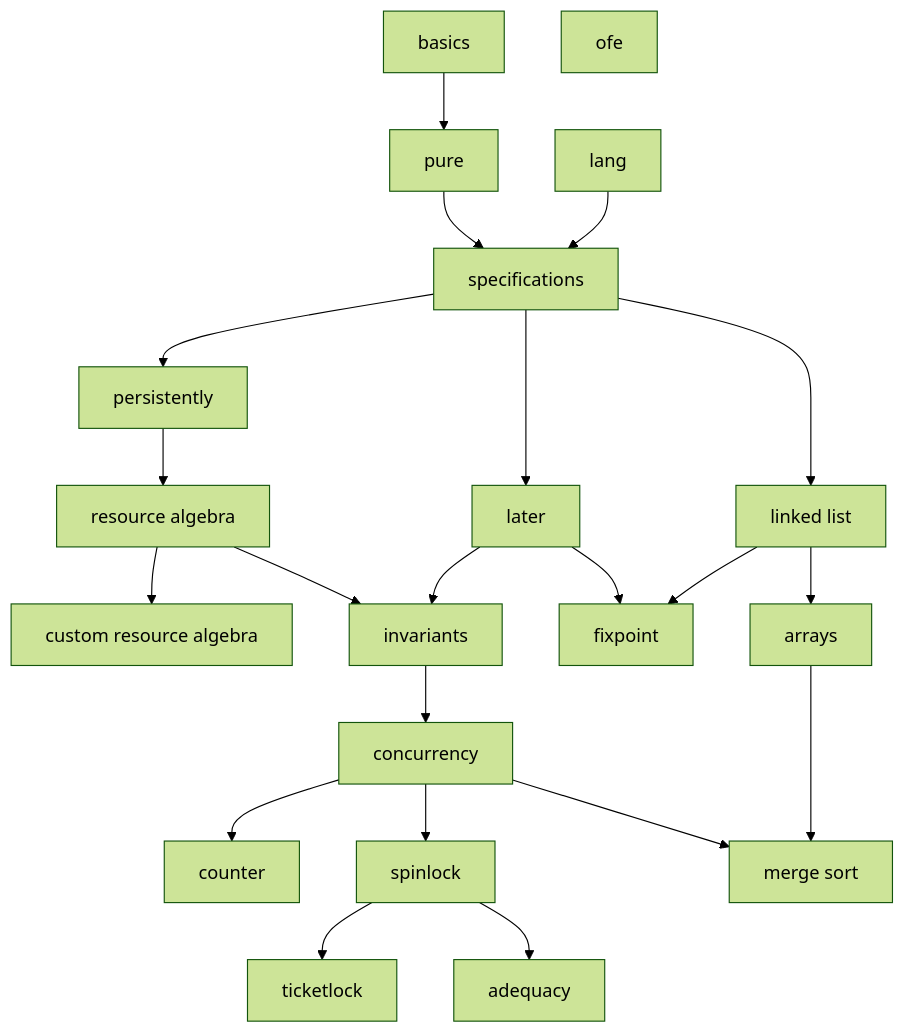
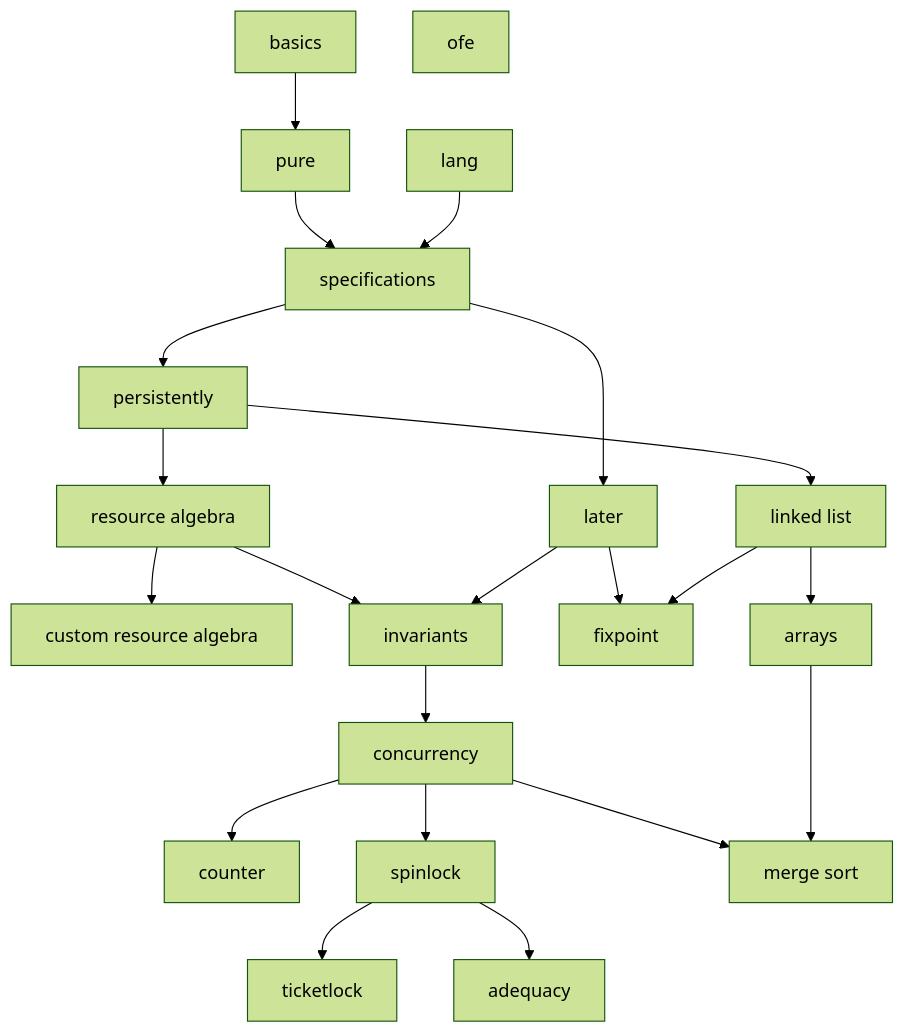
Before and after one commit to logsem/iris-tutorial: the diagram in graph.md, drawn with Mermaid (forest theme). The commit also changed 4 other files, not shown here.

````diff
--- a/graph.md
+++ b/graph.md
@@ -1,28 +1,29 @@
 ```mermaid
 graph TD;
   basics --> pure;
   pure --> specs[specifications];
   lang --> specs;
   specs -->  pers[persistently];
-  specs --> later;
-  pers -->  ra[resource algebra];
-  later --> invariants;
   ra --> cst_ra[custom resource algebra];
   ra --> invariants;
   invariants --> conc[concurrency];
   
   conc --> counter;
   conc --> spinlock;
   spinlock --> ticketlock;
   spinlock --> adequacy;
 
-  specs --> linklist[linked list];
+  pers --> linklist[linked list];
+  pers -->  ra[resource algebra];
+
+  specs --> later;
+  later --> invariants;
   later --> fix[fixpoint];
   linklist --> fix[fixpoint];
 
   linklist --> arrays;
+  conc --> merge;
   arrays --> merge[merge sort];
-  conc --> merge;
 
   ofe;
 ```
````
